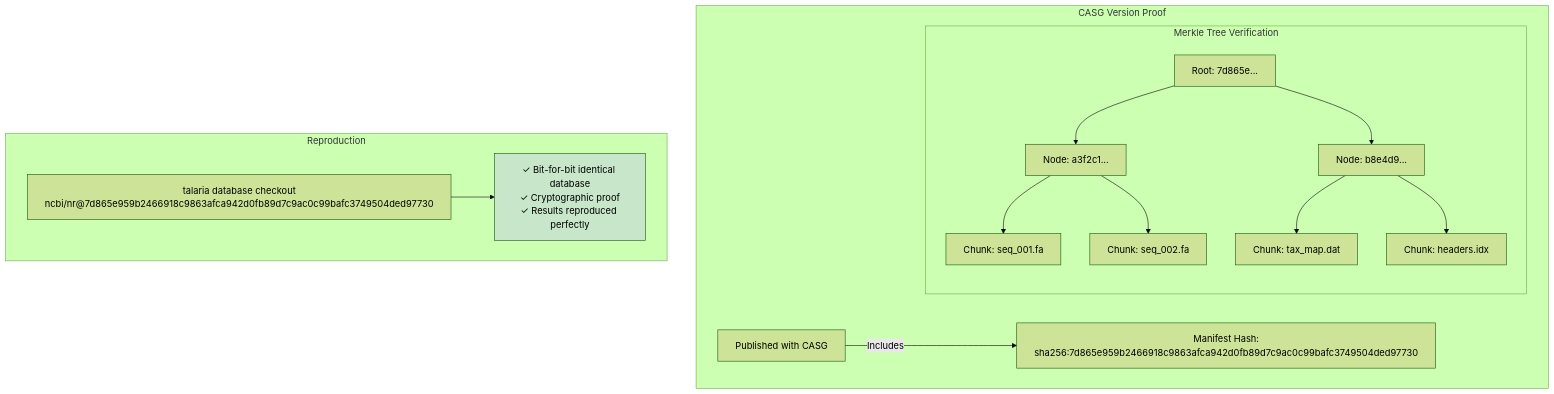
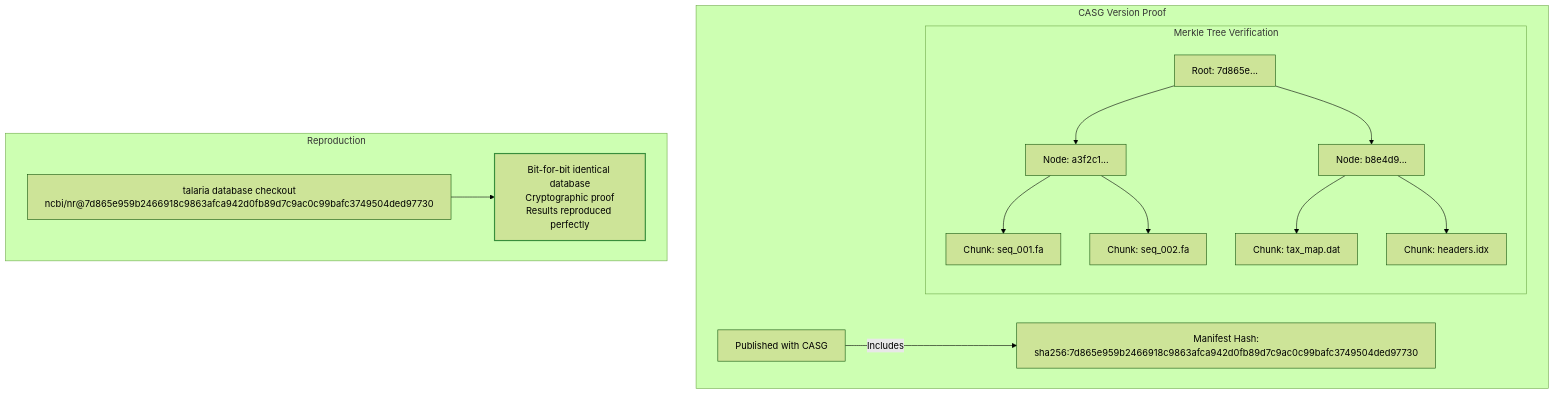
The sixth of 12 diagrams in docs/src/casg/case-studies.md (bfowle/talaria), drawn with Mermaid (forest theme) before and after one commit. The commit also changed other lines of this file and 65 other files, not shown here.

````diff
--- a/docs/src/casg/case-studies.md
+++ b/docs/src/casg/case-studies.md
@@ -233,40 +301,40 @@
 ```mermaid
 graph TB
     subgraph "CASG Version Proof"
         PAPER[Published with CASG]
 
         HASH[Manifest Hash:<br/>sha256:7d865e959b2466918c9863afca942d0fb89d7c9ac0c99bafc3749504ded97730]
 
         PAPER -->|Includes| HASH
 
         subgraph "Merkle Tree Verification"
             ROOT[Root: 7d865e...]
 
             L1A[Node: a3f2c1...]
             L1B[Node: b8e4d9...]
 
             L2A[Chunk: seq_001.fa]
             L2B[Chunk: seq_002.fa]
             L2C[Chunk: tax_map.dat]
             L2D[Chunk: headers.idx]
 
             ROOT --> L1A
             ROOT --> L1B
 
             L1A --> L2A
             L1A --> L2B
             L1B --> L2C
             L1B --> L2D
         end
     end
 
     subgraph "Reproduction"
         CMD[talaria database checkout<br/>ncbi/nr@7d865e959b2466918c9863afca942d0fb89d7c9ac0c99bafc3749504ded97730]
 
-        EXACT[✓ Bit-for-bit identical database<br/>✓ Cryptographic proof<br/>✓ Results reproduced perfectly]
+        EXACT[Bit-for-bit identical database<br/>Cryptographic proof<br/>Results reproduced perfectly]
 
         CMD --> EXACT
     end
 
-    style EXACT fill:#c8e6c9
+    style EXACT stroke:#388e3c,stroke-width:2px
 ```
````
